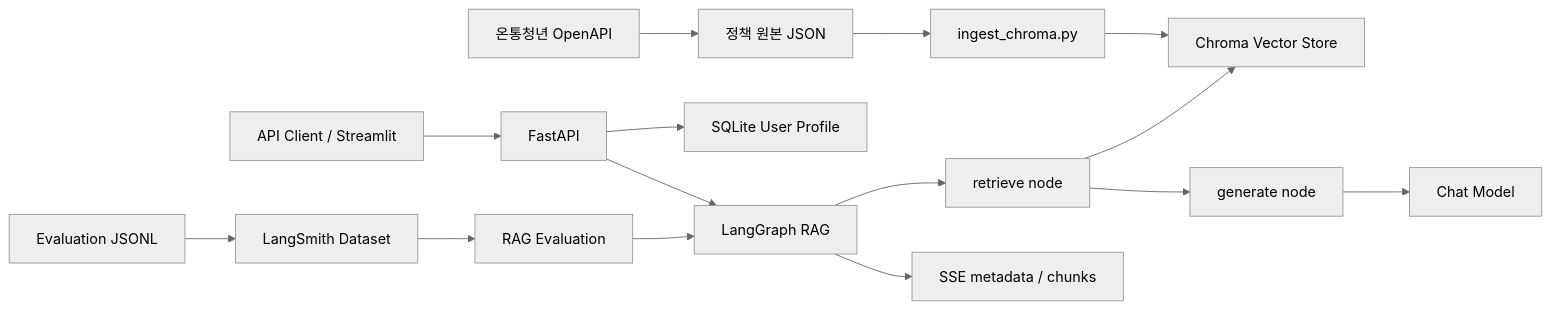
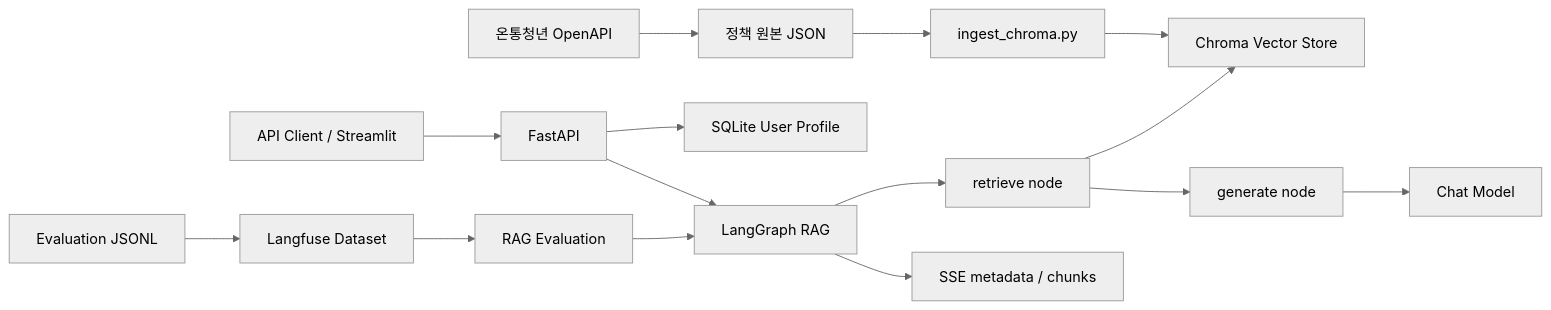
Before and after one commit to SungjinWi99/Youth-Policy-RAG: the diagram in README.md, drawn with Mermaid (neutral theme). The commit also changed other lines of this file and 13 other files, not shown here.

Commit message:
Langsmith -> LangFuse Migration, Evaluation Prompt 개선

````diff
--- a/README.md
+++ b/README.md
@@ -22,19 +22,19 @@
 ```mermaid
 flowchart LR
     API["온통청년 OpenAPI"] --> RAW["정책 원본 JSON"]
     RAW --> INGEST["ingest_chroma.py"]
     INGEST --> CHROMA["Chroma Vector Store"]
 
     CLIENT["API Client / Streamlit"] --> FASTAPI["FastAPI"]
     FASTAPI --> USERDB["SQLite User Profile"]
     FASTAPI --> GRAPH["LangGraph RAG"]
     GRAPH --> RETRIEVE["retrieve node"]
     RETRIEVE --> CHROMA
     RETRIEVE --> GENERATE["generate node"]
     GENERATE --> LLM["Chat Model"]
     GRAPH --> SSE["SSE metadata / chunks"]
 
-    EVALDATA["Evaluation JSONL"] --> LANGSMITH["LangSmith Dataset"]
-    LANGSMITH --> EVALRUN["RAG Evaluation"]
+    EVALDATA["Evaluation JSONL"] --> LANGFUSE["Langfuse Dataset"]
+    LANGFUSE --> EVALRUN["RAG Evaluation"]
     EVALRUN --> GRAPH
 ```
````
